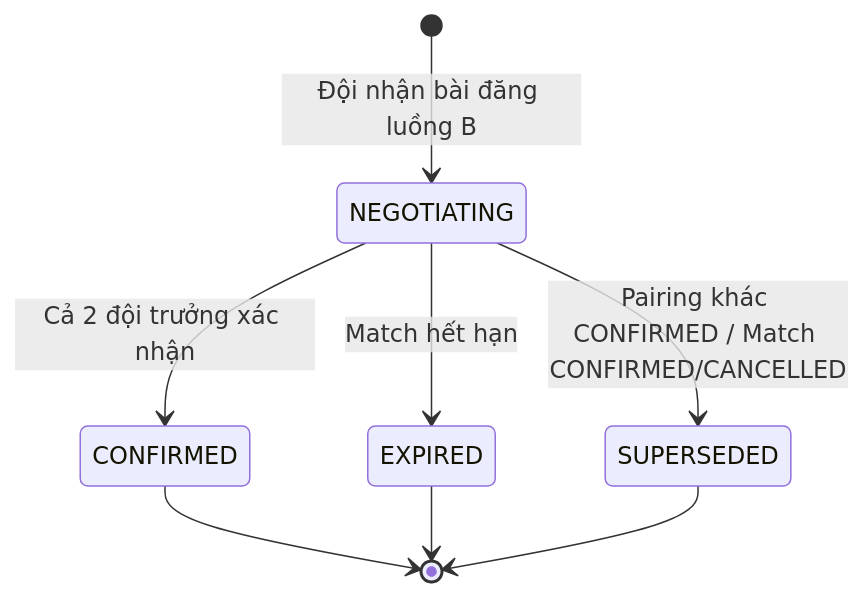
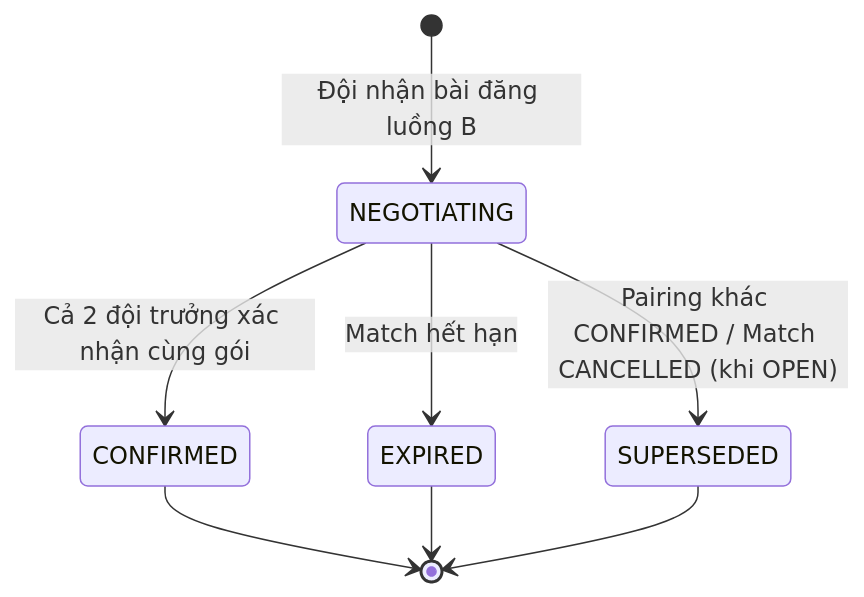
One commit to phananh2005/ArenaFlow-be changed the third of 6 diagrams in docs/agent/business-spec/SYSTEM-001/Business_Rules.md. Above: the diagram before and after it, drawn with Mermaid. The commit also changed other lines of this file and 19 other files, not shown here.

First line of the commit message:
docs(MATCH-002): design match flow B — pairing, chat, deposit (#56)

````diff
--- a/docs/agent/business-spec/SYSTEM-001/Business_Rules.md
+++ b/docs/agent/business-spec/SYSTEM-001/Business_Rules.md
@@ -147,10 +152,10 @@
 ```mermaid
 stateDiagram-v2
     [*] --> NEGOTIATING: Đội nhận bài đăng luồng B
-    NEGOTIATING --> CONFIRMED: Cả 2 đội trưởng xác nhận
+    NEGOTIATING --> CONFIRMED: Cả 2 đội trưởng xác nhận cùng gói
     NEGOTIATING --> EXPIRED: Match hết hạn
-    NEGOTIATING --> SUPERSEDED: Pairing khác CONFIRMED / Match CONFIRMED/CANCELLED
+    NEGOTIATING --> SUPERSEDED: Pairing khác CONFIRMED / Match CANCELLED (khi OPEN)
     CONFIRMED --> [*]
     EXPIRED --> [*]
     SUPERSEDED --> [*]
 ```
````
